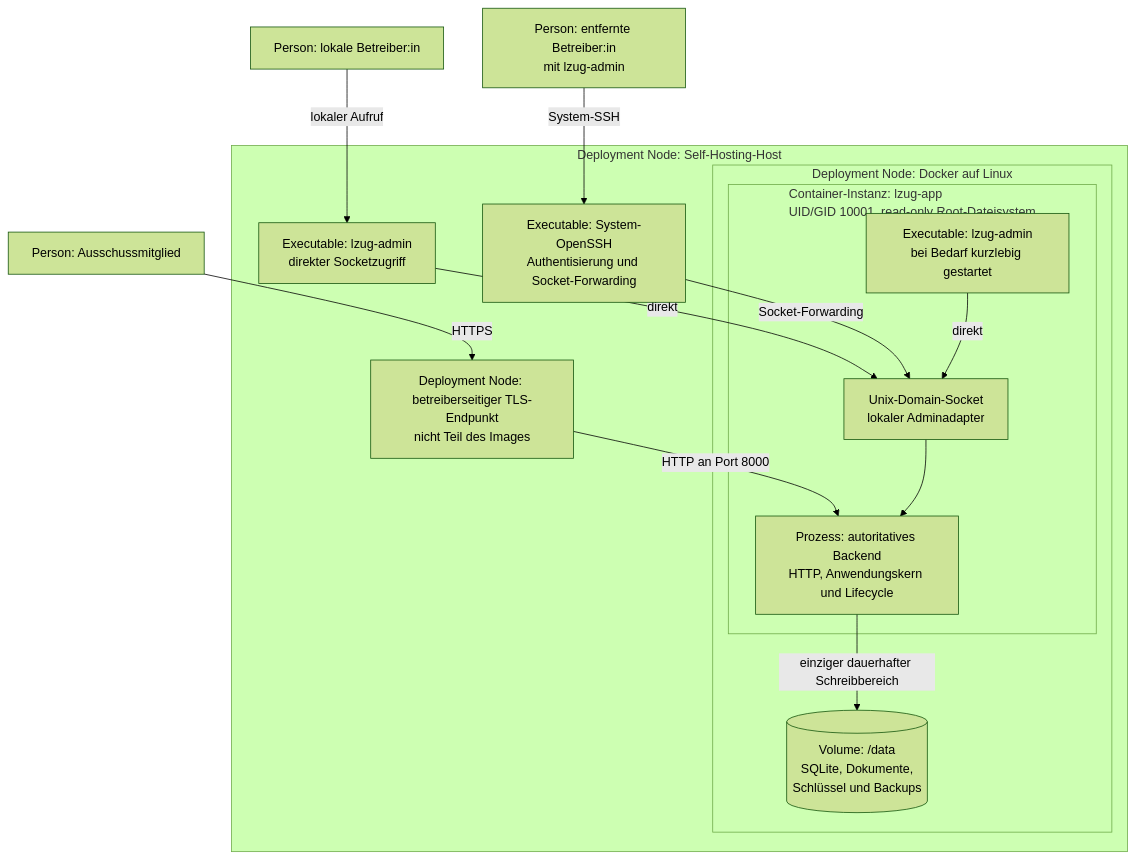
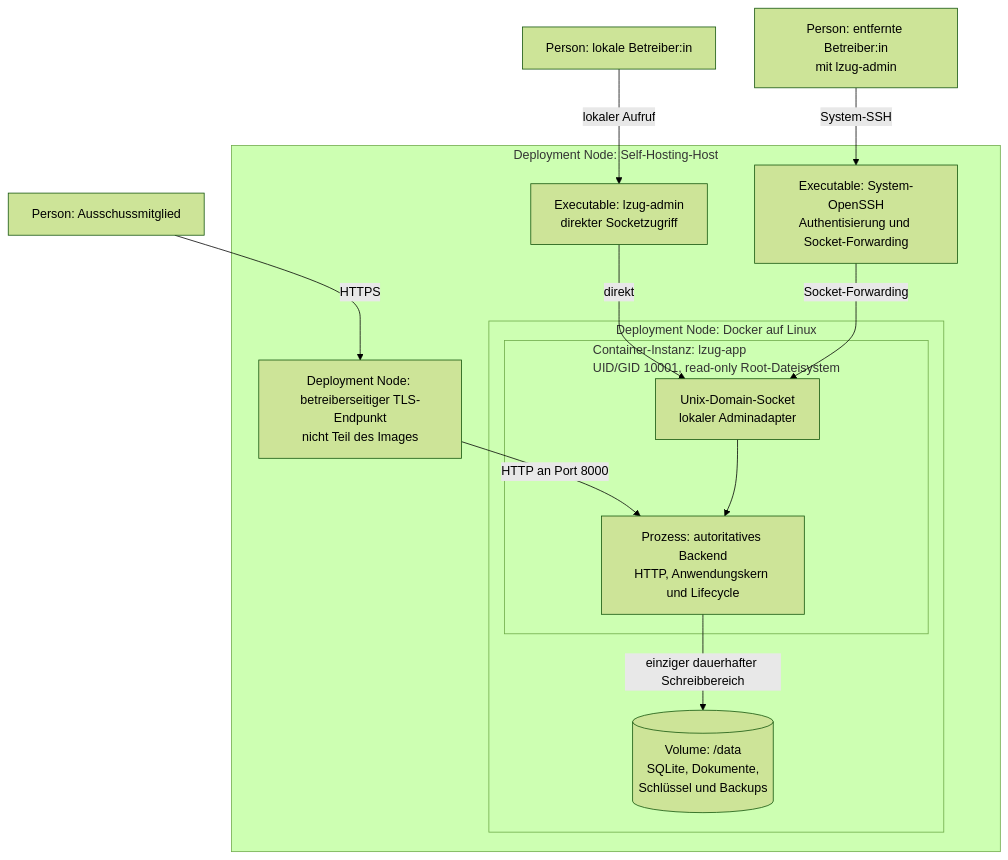
One commit to lxndrp/lzug changed the fourth of 6 diagrams in docs/developers/architecture.md. Above: the diagram before and after it, drawn with Mermaid (forest theme). The commit also changed other lines of this file and 6 other files, not shown here.

````diff
--- a/docs/developers/architecture.md
+++ b/docs/developers/architecture.md
@@ -114,31 +115,29 @@
 ```mermaid
 flowchart TB
   member["Person: Ausschussmitglied"]
   local["Person: lokale Betreiber:in"]
   remote["Person: entfernte Betreiber:in<br/>mit lzug-admin"]
 
   subgraph host["Deployment Node: Self-Hosting-Host"]
     tls["Deployment Node: betreiberseitiger TLS-Endpunkt<br/>nicht Teil des Images"]
     ssh["Executable: System-OpenSSH<br/>Authentisierung und Socket-Forwarding"]
     admin["Executable: lzug-admin<br/>direkter Socketzugriff"]
 
     subgraph engine["Deployment Node: Docker auf Linux"]
       subgraph image["Container-Instanz: lzug-app<br/>UID/GID 10001, read-only Root-Dateisystem"]
         app["Prozess: autoritatives Backend<br/>HTTP, Anwendungskern und Lifecycle"]
         socket["Unix-Domain-Socket<br/>lokaler Adminadapter"]
-        container_cli["Executable: lzug-admin<br/>bei Bedarf kurzlebig gestartet"]
       end
       data[("Volume: /data<br/>SQLite, Dokumente,<br/>Schlüssel und Backups")]
     end
   end
 
   member -->|"HTTPS"| tls
   tls -->|"HTTP an Port 8000"| app
   local -->|"lokaler Aufruf"| admin
   remote -->|"System-SSH"| ssh
   admin -->|"direkt"| socket
   ssh -->|"Socket-Forwarding"| socket
-  container_cli -->|"direkt"| socket
   socket --> app
   app -->|"einziger dauerhafter Schreibbereich"| data
 ```
````
